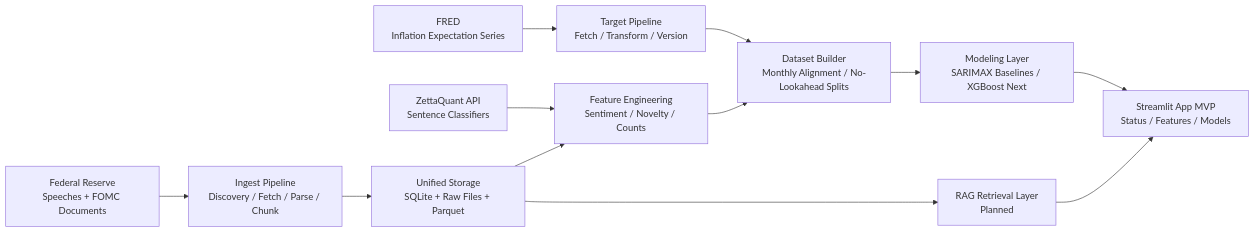
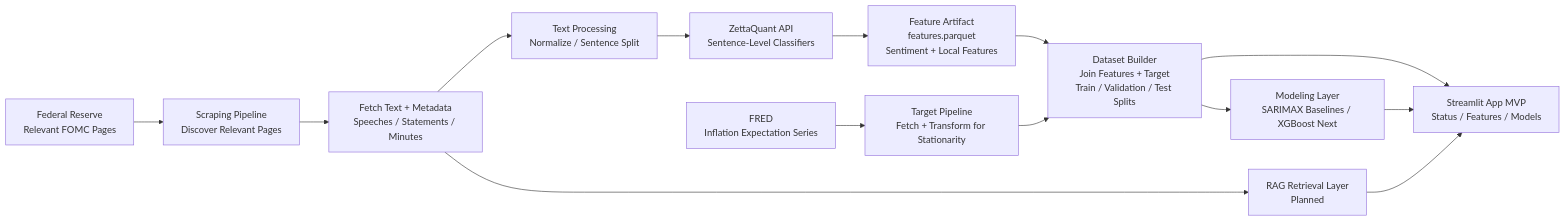
The diagram in README.md (EladBenjo/fomc-forecasting), drawn with Mermaid before and after one commit. The commit also changed other lines of this file, not shown here.

Commit message:
Refine README architecture flow to match current pipeline stages

````diff
--- a/README.md
+++ b/README.md
@@ -24,22 +24,21 @@
 ```mermaid
 flowchart LR
-    A[Federal Reserve<br/>Speeches + FOMC Documents]
+    A[Federal Reserve<br/>Relevant FOMC Pages]
     B[FRED<br/>Inflation Expectation Series]
-    C[ZettaQuant API<br/>Sentence Classifiers]
 
-    A --> D[Ingest Pipeline<br/>Discovery / Fetch / Parse / Chunk]
-    D --> E[Unified Storage<br/>SQLite + Raw Files + Parquet]
+    A --> D[Scraping Pipeline<br/>Discover Relevant Pages]
+    D --> E[Fetch Text + Metadata<br/>Speeches / Statements / Minutes]
+    E --> S[Text Processing<br/>Normalize / Sentence Split]
+    S --> Z[ZettaQuant API<br/>Sentence-Level Classifiers]
+    Z --> F[Feature Artifact<br/>features.parquet<br/>Sentiment + Local Features]
 
-    E --> F[Feature Engineering<br/>Sentiment / Novelty / Counts]
-    C --> F
-
-    B --> G[Target Pipeline<br/>Fetch / Transform / Version]
-    F --> H[Dataset Builder<br/>Monthly Alignment / No-Lookahead Splits]
+    B --> G[Target Pipeline<br/>Fetch + Transform for Stationarity]
+    F --> H[Dataset Builder<br/>Join Features + Target<br/>Train / Validation / Test Splits]
     G --> H
 
     H --> I[Modeling Layer<br/>SARIMAX Baselines / XGBoost Next]
+    H --> K[Streamlit App MVP<br/>Status / Features / Models]
+    I --> K
     E --> J[RAG Retrieval Layer<br/>Planned]
-
-    I --> K[Streamlit App MVP<br/>Status / Features / Models]
     J --> K
 ```
````
